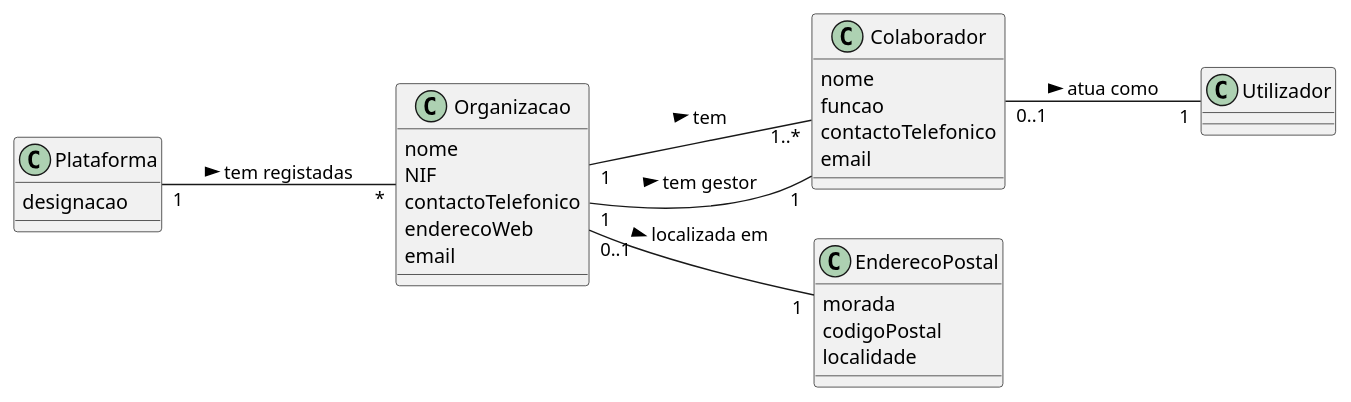
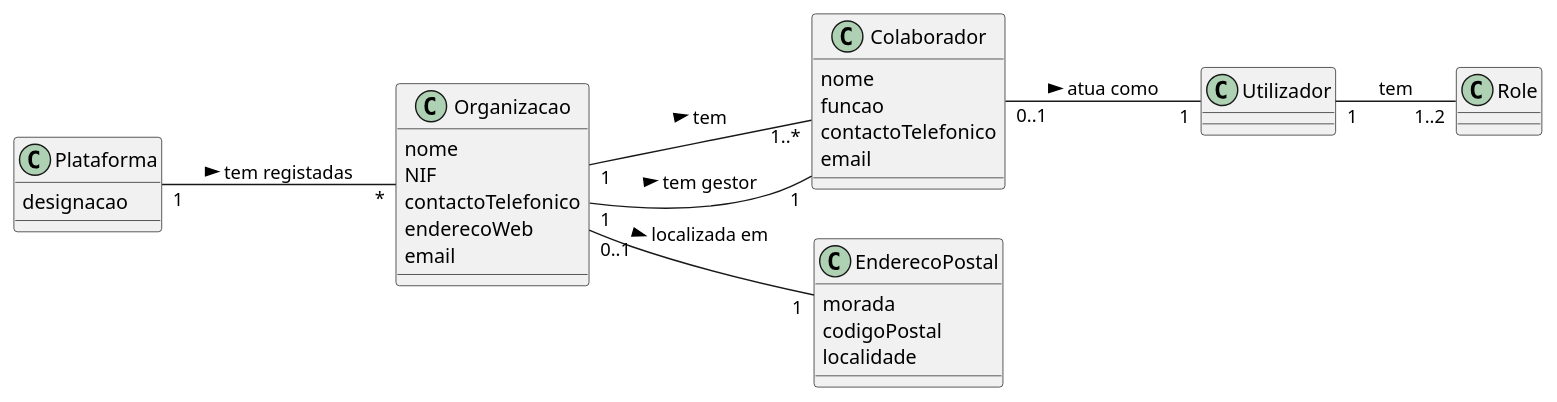
One commit to pedro-miguez/upskill_java1_labprg_grupo3 changed the diagram in Análise/UC1_Registar_Organização/UC1_ModeloDominio.plantuml. Above: the diagram before and after it, drawn with PlantUML. The commit also changed 3 other files, not shown here.

```diff
--- a/Análise/UC1_Registar_Organização/UC1_ModeloDominio.plantuml
+++ b/Análise/UC1_Registar_Organização/UC1_ModeloDominio.plantuml
@@ -1,34 +1,40 @@
 @startuml
 left to right direction
 class Plataforma {
     designacao
 }
 
 class Organizacao {
     nome
     NIF
     contactoTelefonico
     enderecoWeb
     email
 }
 
 class Colaborador {
     nome
     funcao
     contactoTelefonico
     email
 }
 class EnderecoPostal {
     morada
     codigoPostal
     localidade
 }
 class Utilizador{
 }
+
+class Role {
+
+}
+
 Plataforma "1" -- "*" Organizacao : tem registadas >
 Organizacao "1" -- "1..*" Colaborador : tem >
 Organizacao "1" -- "1" Colaborador : tem gestor >
 Organizacao "0..1" -- "1" EnderecoPostal : localizada em >
 Colaborador "0..1" -- "1" Utilizador: atua como >
+Utilizador "1" -- "1..2" Role : tem
 
 @enduml
```
